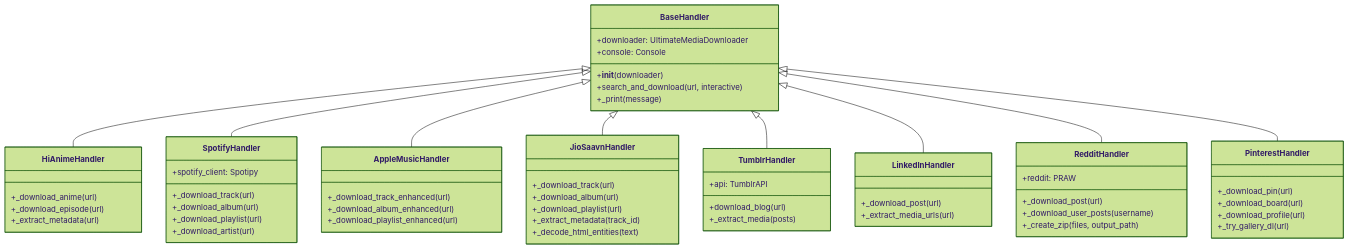
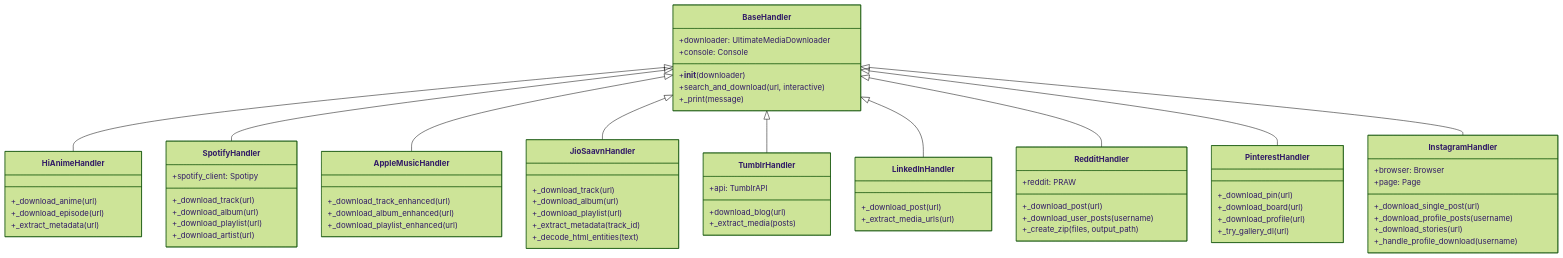
Before and after one commit to NK2552003/ULTIMATE-MEDIA-DOWNLOADER: the first of 18 diagrams in documentations/HANDLERS.md, drawn with Mermaid (forest theme). The commit also changed other lines of this file and 5 other files, not shown here.

````diff
--- a/documentations/HANDLERS.md
+++ b/documentations/HANDLERS.md
@@ -72,72 +74,82 @@
 ```mermaid
 classDiagram
     class BaseHandler {
         +downloader: UltimateMediaDownloader
         +console: Console
         +__init__(downloader)
         +search_and_download(url, interactive)
         +_print(message)
     }
 
     class SpotifyHandler {
         +spotify_client: Spotipy
         +_download_track(url)
         +_download_album(url)
         +_download_playlist(url)
         +_download_artist(url)
     }
 
     class AppleMusicHandler {
         +_download_track_enhanced(url)
         +_download_album_enhanced(url)
         +_download_playlist_enhanced(url)
     }
 
     class JioSaavnHandler {
         +_download_track(url)
         +_download_album(url)
         +_download_playlist(url)
         +_extract_metadata(track_id)
         +_decode_html_entities(text)
     }
 
     class TumblrHandler {
         +api: TumblrAPI
         +download_blog(url)
         +_extract_media(posts)
     }
 
     class LinkedInHandler {
         +_download_post(url)
         +_extract_media_urls(url)
     }
 
     class RedditHandler {
         +reddit: PRAW
         +_download_post(url)
         +_download_user_posts(username)
         +_create_zip(files, output_path)
     }
 
     class PinterestHandler {
         +_download_pin(url)
         +_download_board(url)
         +_download_profile(url)
         +_try_gallery_dl(url)
     }
 
+    class InstagramHandler {
+        +browser: Browser
+        +page: Page
+        +_download_single_post(url)
+        +_download_profile_posts(username)
+        +_download_stories(url)
+        +_handle_profile_download(username)
+    }
+
     class HiAnimeHandler {
         +_download_anime(url)
         +_download_episode(url)
         +_extract_metadata(url)
     }
 
     BaseHandler <|-- HiAnimeHandler
     BaseHandler <|-- SpotifyHandler
     BaseHandler <|-- AppleMusicHandler
     BaseHandler <|-- JioSaavnHandler
     BaseHandler <|-- TumblrHandler
     BaseHandler <|-- LinkedInHandler
     BaseHandler <|-- RedditHandler
     BaseHandler <|-- PinterestHandler
+    BaseHandler <|-- InstagramHandler
 ```
````
